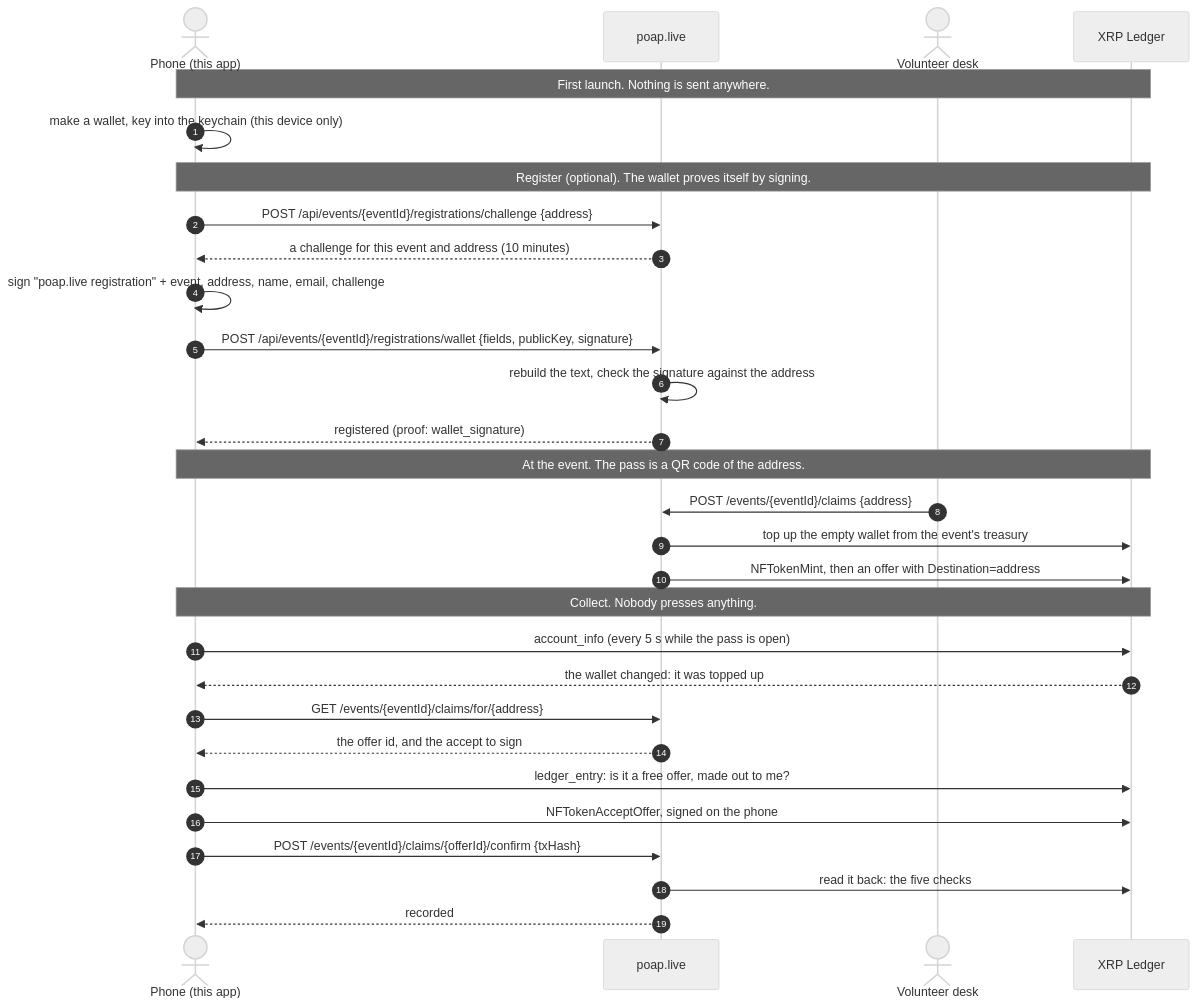
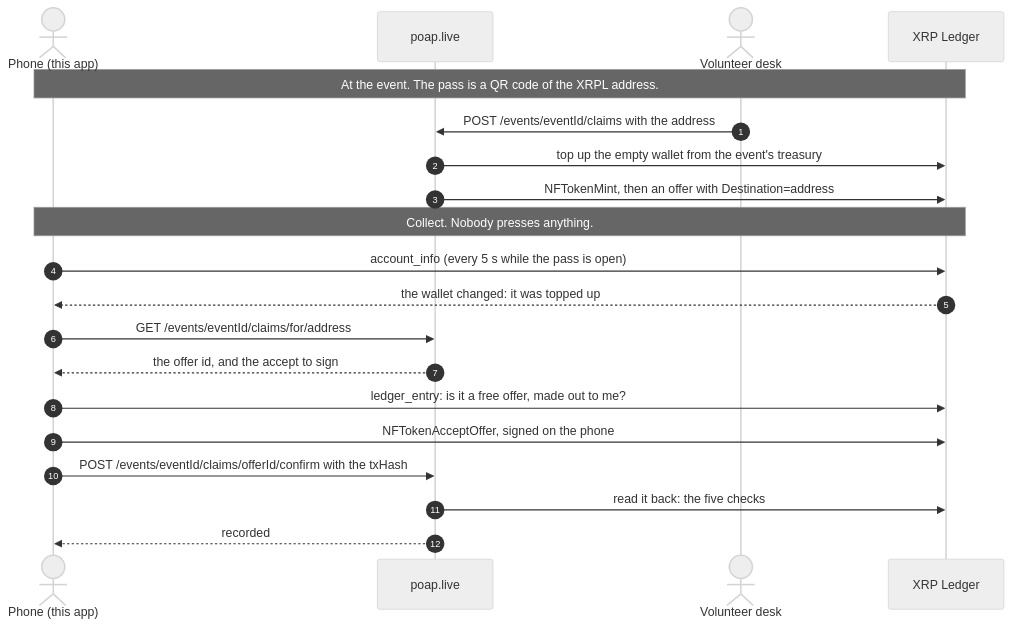
The second of 3 diagrams in mobile/README.md (fewForce/poap), drawn with Mermaid (neutral theme) before and after one commit. The commit also changed other lines of this file, not shown here.

First line of the commit message:
The phone app's README covers both chains: one key is an XRPL wallet and a NEAR account, and the flows show registering, an XRPL event and a NEAR event

````diff
--- a/mobile/README.md
+++ b/mobile/README.md
@@ -27,39 +67,26 @@
 ```mermaid
 sequenceDiagram
     autonumber
     actor P as Phone (this app)
     participant Live as poap.live
     actor Desk as Volunteer desk
     participant XRPL as XRP Ledger
 
-    Note over P,XRPL: First launch. Nothing is sent anywhere.
+    Note over P,XRPL: At the event. The pass is a QR code of the XRPL address.
 
-    P->>P: make a wallet, key into the keychain (this device only)
-
-    Note over P,XRPL: Register (optional). The wallet proves itself by signing.
-
-    P->>Live: POST /api/events/{eventId}/registrations/challenge {address}
-    Live-->>P: a challenge for this event and address (10 minutes)
-    P->>P: sign "poap.live registration" + event, address, name, email, challenge
-    P->>Live: POST /api/events/{eventId}/registrations/wallet {fields, publicKey, signature}
-    Live->>Live: rebuild the text, check the signature against the address
-    Live-->>P: registered (proof: wallet_signature)
-
-    Note over P,XRPL: At the event. The pass is a QR code of the address.
-
-    Desk->>Live: POST /events/{eventId}/claims {address}
+    Desk->>Live: POST /events/eventId/claims with the address
     Live->>XRPL: top up the empty wallet from the event's treasury
     Live->>XRPL: NFTokenMint, then an offer with Destination=address
 
     Note over P,XRPL: Collect. Nobody presses anything.
 
     P->>XRPL: account_info (every 5 s while the pass is open)
     XRPL-->>P: the wallet changed: it was topped up
-    P->>Live: GET /events/{eventId}/claims/for/{address}
+    P->>Live: GET /events/eventId/claims/for/address
     Live-->>P: the offer id, and the accept to sign
     P->>XRPL: ledger_entry: is it a free offer, made out to me?
     P->>XRPL: NFTokenAcceptOffer, signed on the phone
-    P->>Live: POST /events/{eventId}/claims/{offerId}/confirm {txHash}
+    P->>Live: POST /events/eventId/claims/offerId/confirm with the txHash
     Live->>XRPL: read it back: the five checks
     Live-->>P: recorded
 ```
````
